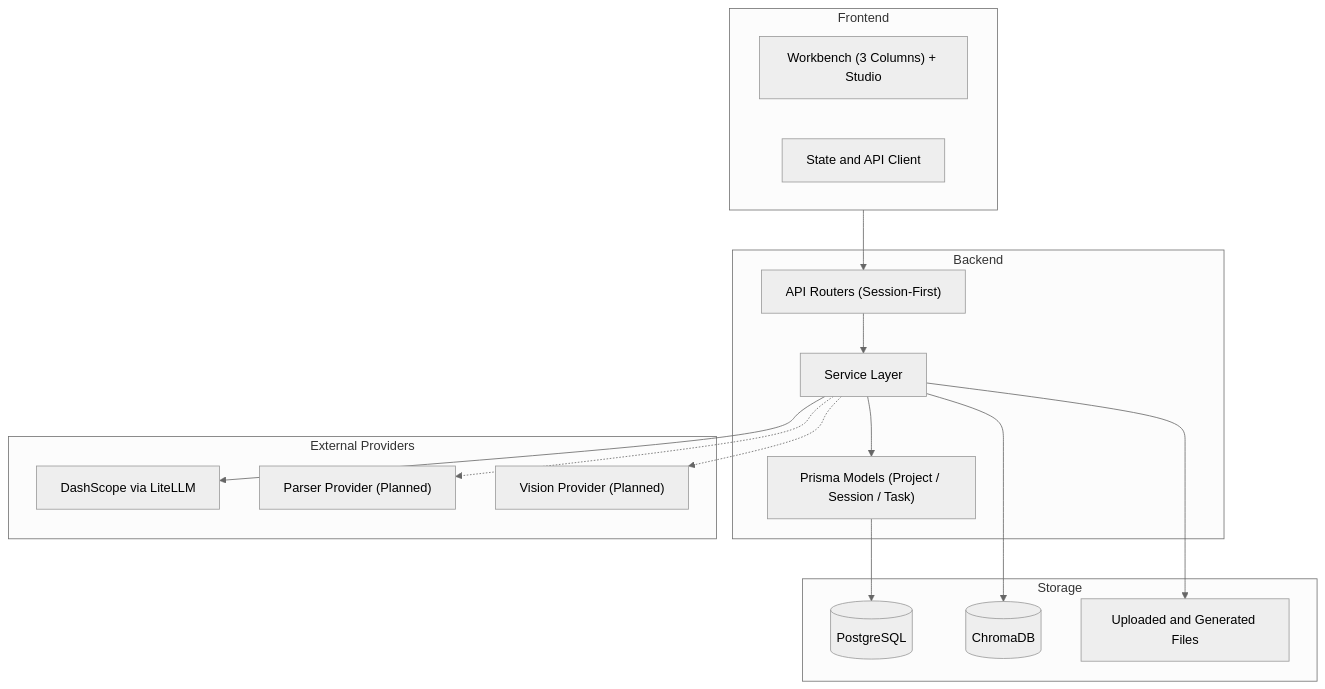
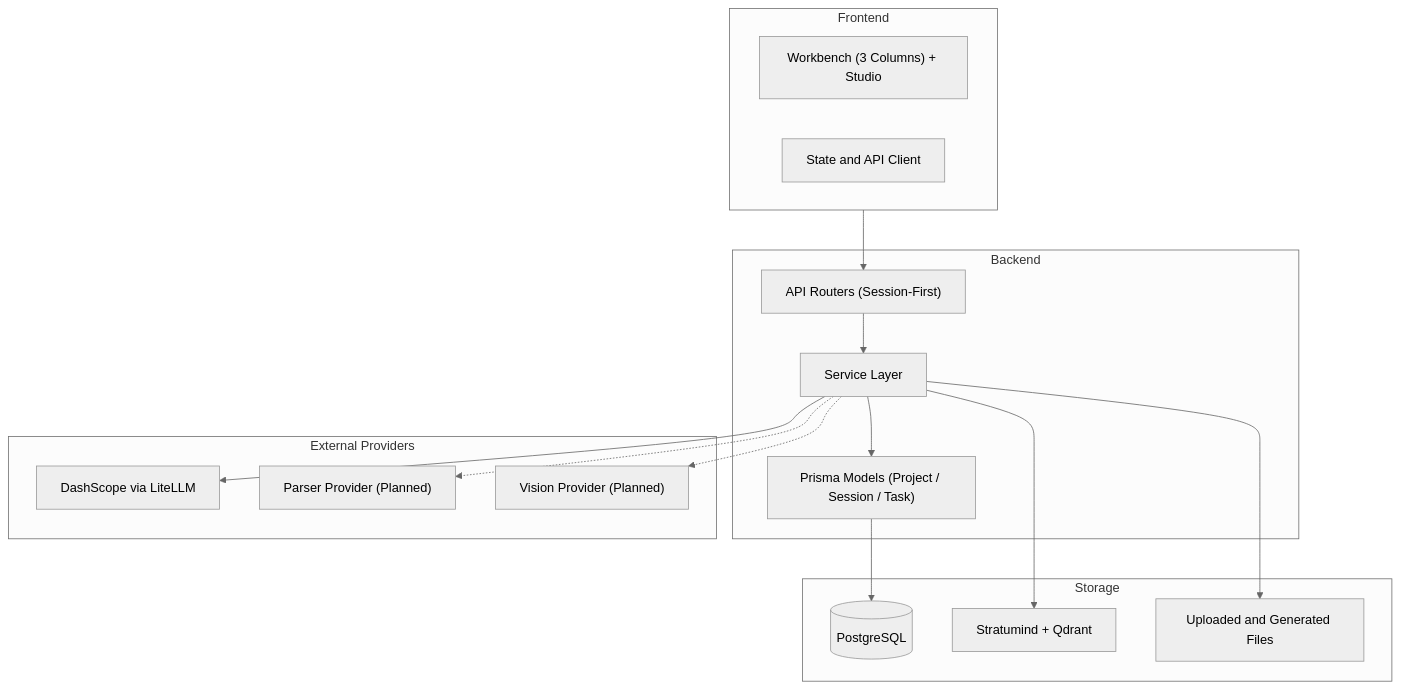
One commit to ln-one/Spectra changed the diagram in docs/architecture/system/overview.md. Above: the diagram before and after it, drawn with Mermaid (neutral theme). The commit also changed other lines of this file and 84 other files, not shown here.

````diff
--- a/docs/architecture/system/overview.md
+++ b/docs/architecture/system/overview.md
@@ -11,35 +11,35 @@
 ```mermaid
 flowchart TB
  subgraph FE["Frontend"]
  FEPages["Workbench (3 Columns) + Studio"]
  FEState["State and API Client"]
  end
 
  subgraph BE["Backend"]
  BERouter["API Routers (Session-First)"]
  BEService["Service Layer"]
  BEModel["Prisma Models (Project / Session / Task)"]
  end
 
  subgraph Store["Storage"]
  DB[("PostgreSQL")]
- VDB[("ChromaDB")]
+ VDB["Stratumind + Qdrant"]
  FS["Uploaded and Generated Files"]
  end
 
  subgraph Ext["External Providers"]
  LLM["DashScope via LiteLLM"]
  Parser["Parser Provider (Planned)"]
  Vision["Vision Provider (Planned)"]
  end
 
  FE --> BERouter
  BERouter --> BEService
  BEService --> BEModel
  BEModel --> DB
  BEService --> VDB
  BEService --> FS
  BEService --> LLM
  BEService -.-> Parser
  BEService -.-> Vision
 ```
````
